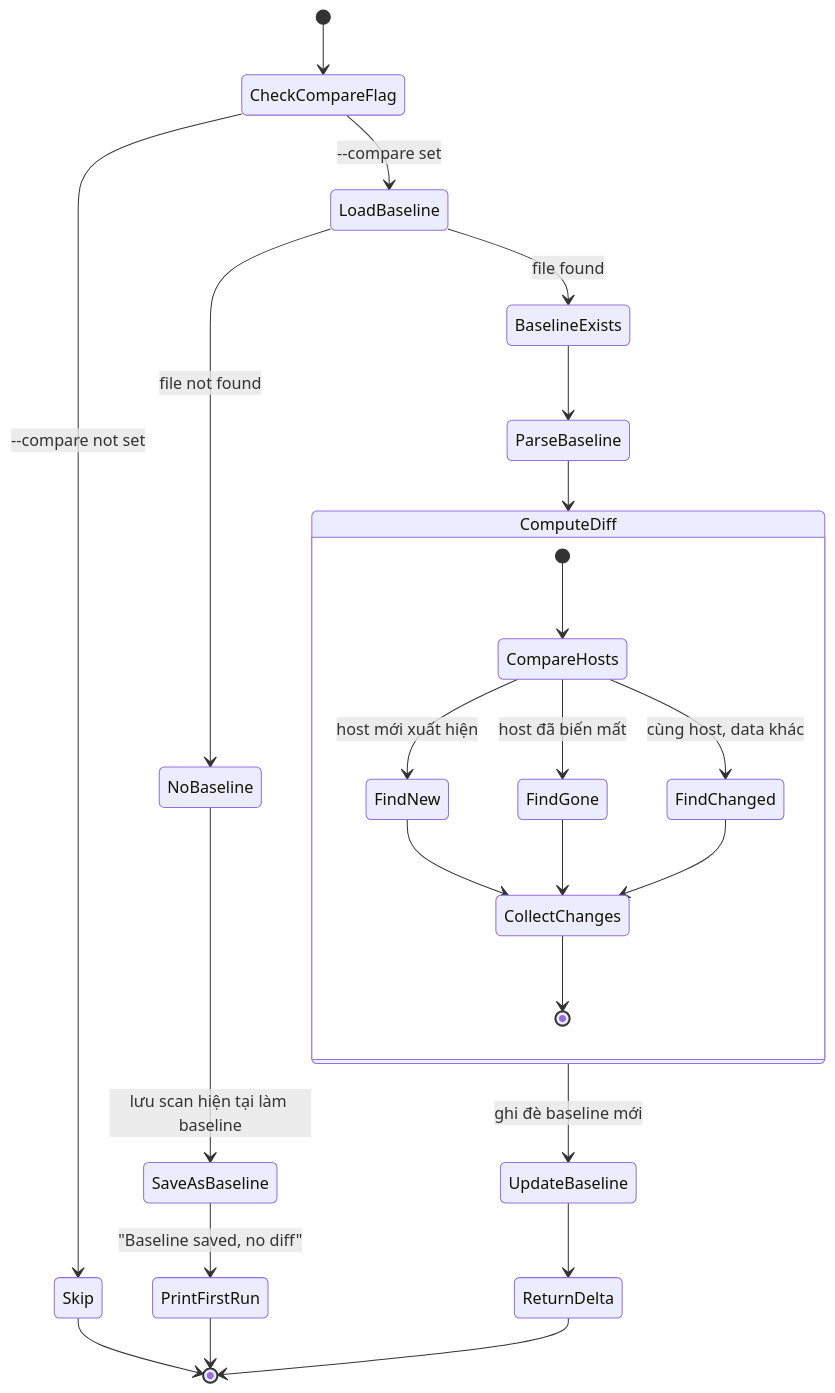
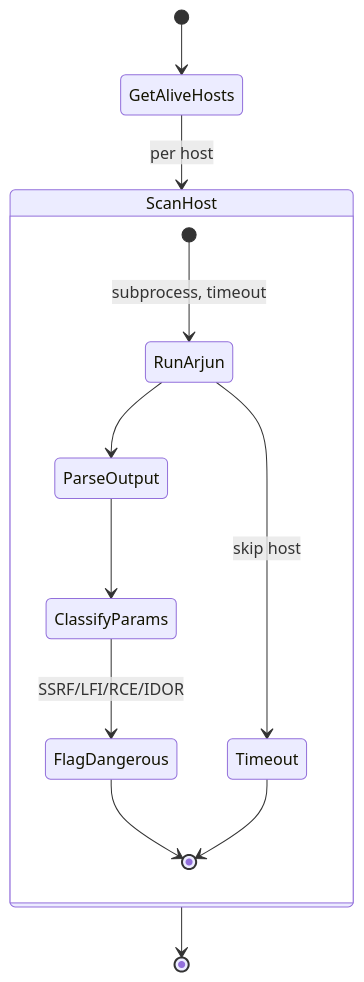
The tenth of 12 diagrams in state_machines.md (minhnnptit/reconrisk), drawn with Mermaid before and after one commit. The commit also changed other lines of this file and 9 other files, not shown here.

````diff
--- a/state_machines.md
+++ b/state_machines.md
@@ -338,35 +337,17 @@
 ```mermaid
 stateDiagram-v2
-    [*] --> CheckCompareFlag
-    CheckCompareFlag --> Skip : --compare not set
-    CheckCompareFlag --> LoadBaseline : --compare set
+    [*] --> GetAliveHosts
 
-    Skip --> [*]
-
-    LoadBaseline --> BaselineExists : file found
-    LoadBaseline --> NoBaseline : file not found
-
-    NoBaseline --> SaveAsBaseline : lưu scan hiện tại làm baseline
-    SaveAsBaseline --> PrintFirstRun : "Baseline saved, no diff"
-    PrintFirstRun --> [*]
-
-    BaselineExists --> ParseBaseline
-
-    state ComputeDiff {
-        [*] --> CompareHosts
-        CompareHosts --> FindNew : host mới xuất hiện
-        CompareHosts --> FindGone : host đã biến mất
-        CompareHosts --> FindChanged : cùng host, data khác
-
-        FindNew --> CollectChanges
-        FindGone --> CollectChanges
-        FindChanged --> CollectChanges
-
-        CollectChanges --> [*]
+    state ScanHost {
+        [*] --> RunArjun : subprocess, timeout
+        RunArjun --> ParseOutput
+        RunArjun --> Timeout : skip host
+        ParseOutput --> ClassifyParams
+        ClassifyParams --> FlagDangerous : SSRF/LFI/RCE/IDOR
+        FlagDangerous --> [*]
+        Timeout --> [*]
     }
 
-    ParseBaseline --> ComputeDiff
-    ComputeDiff --> UpdateBaseline : ghi đè baseline mới
-    UpdateBaseline --> ReturnDelta
-    ReturnDelta --> [*]
+    GetAliveHosts --> ScanHost : per host
+    ScanHost --> [*]
 ```
````
